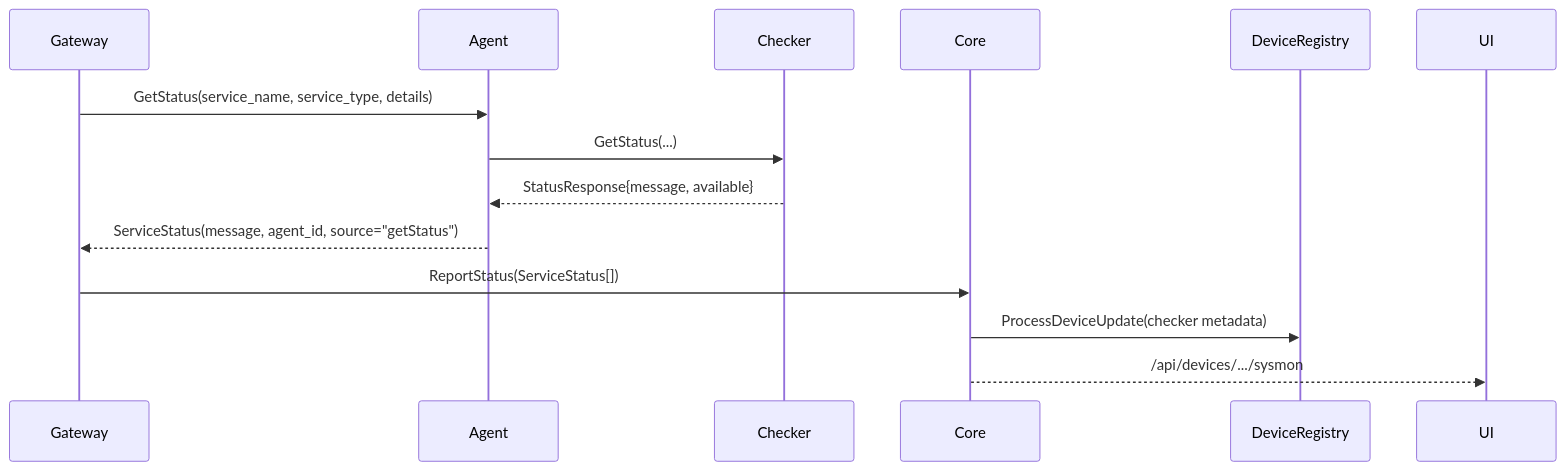
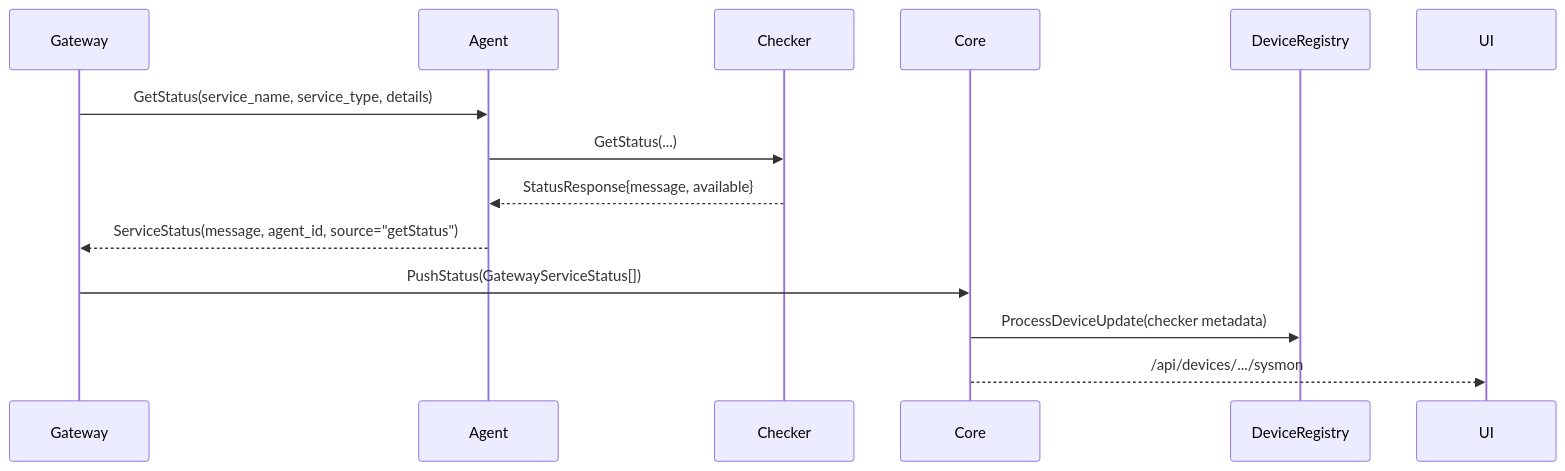
The second of 2 diagrams in docs/docs/custom-checkers.md (carverauto/serviceradar), drawn with Mermaid before and after one commit. The commit also changed other lines of this file and 35 other files, not shown here.

````diff
--- a/docs/docs/custom-checkers.md
+++ b/docs/docs/custom-checkers.md
@@ -43,10 +43,10 @@
 ```mermaid
 sequenceDiagram
     Gateway->>Agent: GetStatus(service_name, service_type, details)
     Agent->>Checker: GetStatus(...)
     Checker-->>Agent: StatusResponse{message, available}
     Agent-->>Gateway: ServiceStatus(message, agent_id, source="getStatus")
-    Gateway->>Core: ReportStatus(ServiceStatus[])
+    Gateway->>Core: PushStatus(GatewayServiceStatus[])
     Core->>DeviceRegistry: ProcessDeviceUpdate(checker metadata)
     Core-->>UI: /api/devices/.../sysmon
 ```
````
